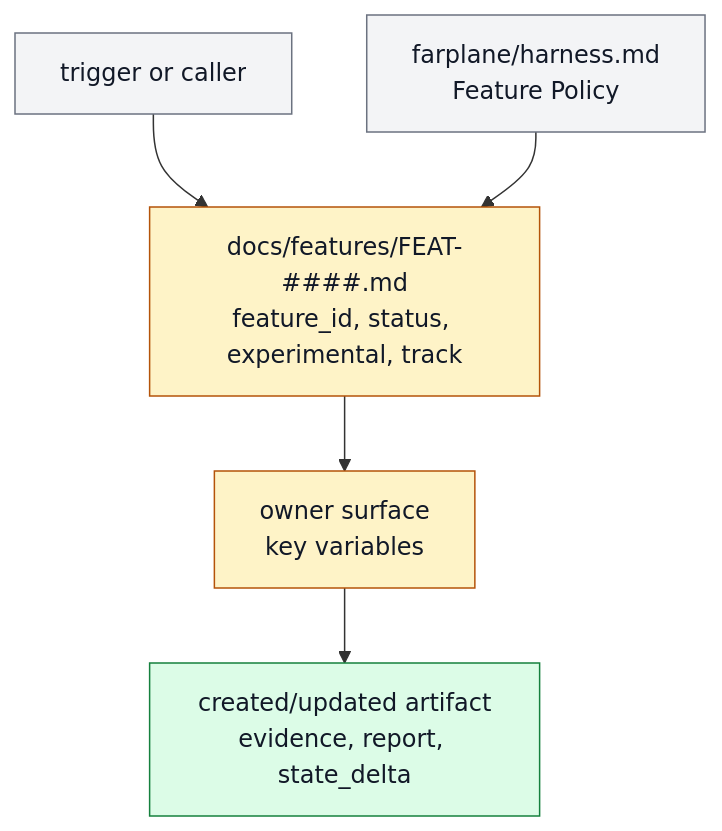
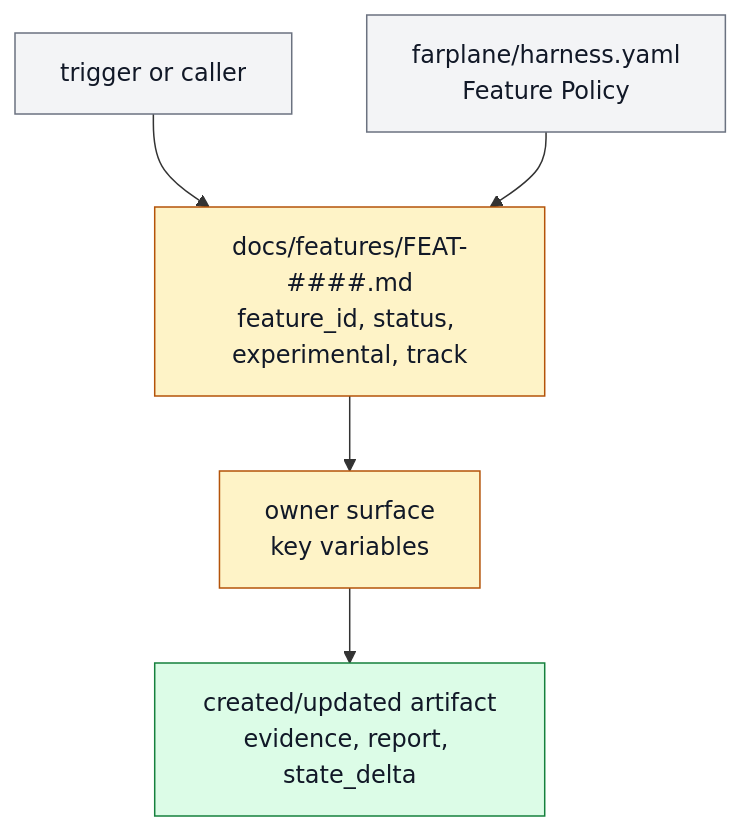
Before and after one commit to ZanarkandTechnologies/Farplane: the diagram in docs/features/TEMPLATE.md, drawn with Mermaid. The commit also changed 122 other files, not shown here.

````diff
--- a/docs/features/TEMPLATE.md
+++ b/docs/features/TEMPLATE.md
@@ -74,18 +74,18 @@
 ```mermaid
 flowchart TD
   classDef keep fill:#f3f4f6,stroke:#6b7280,color:#111827
   classDef changed fill:#fef3c7,stroke:#b45309,color:#111827
   classDef added fill:#dcfce7,stroke:#15803d,color:#111827
   classDef retired fill:#fee2e2,stroke:#b91c1c,color:#7f1d1d,stroke-dasharray: 5 3
 
   trigger["trigger or caller"]:::keep
   feature["docs/features/FEAT-####.md<br/>feature_id, status, experimental, track"]:::changed
-  policy["farplane/harness.md<br/>Feature Policy"]:::keep
+  policy["farplane/harness.yaml<br/>Feature Policy"]:::keep
   surface["owner surface<br/>key variables"]:::changed
   output["created/updated artifact<br/>evidence, report, state_delta"]:::added
 
   trigger --> feature
   policy --> feature
   feature --> surface
   surface --> output
 ```
````
